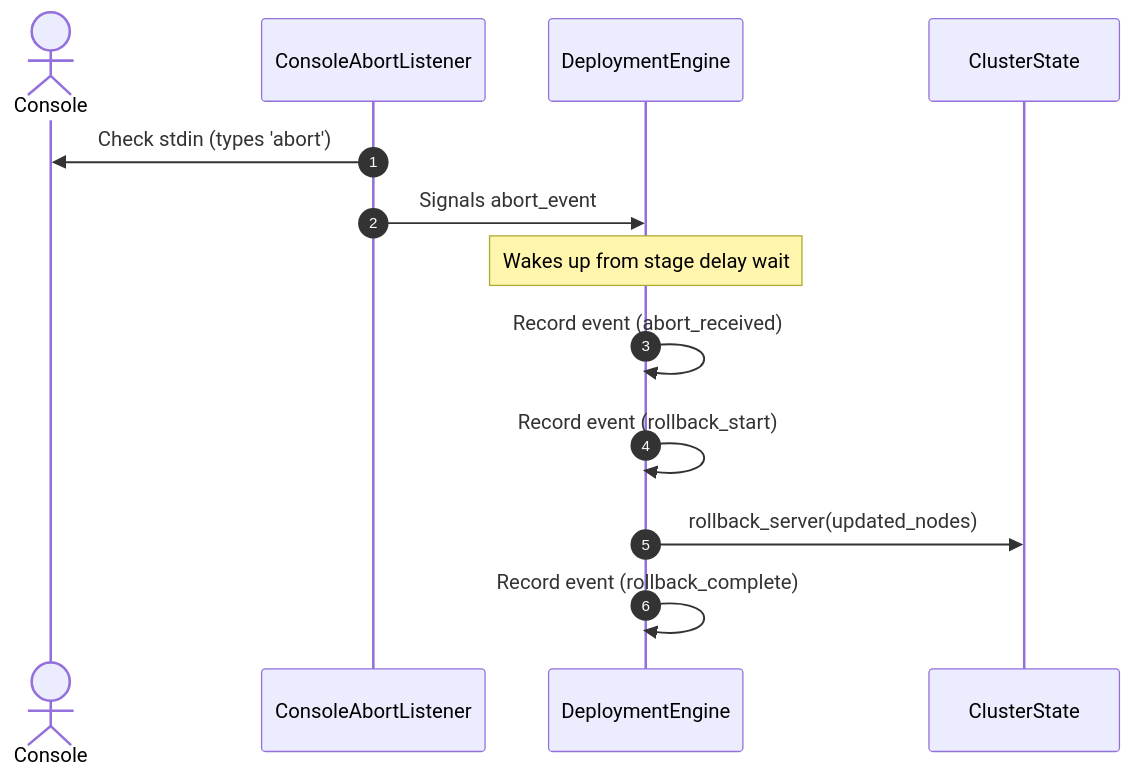
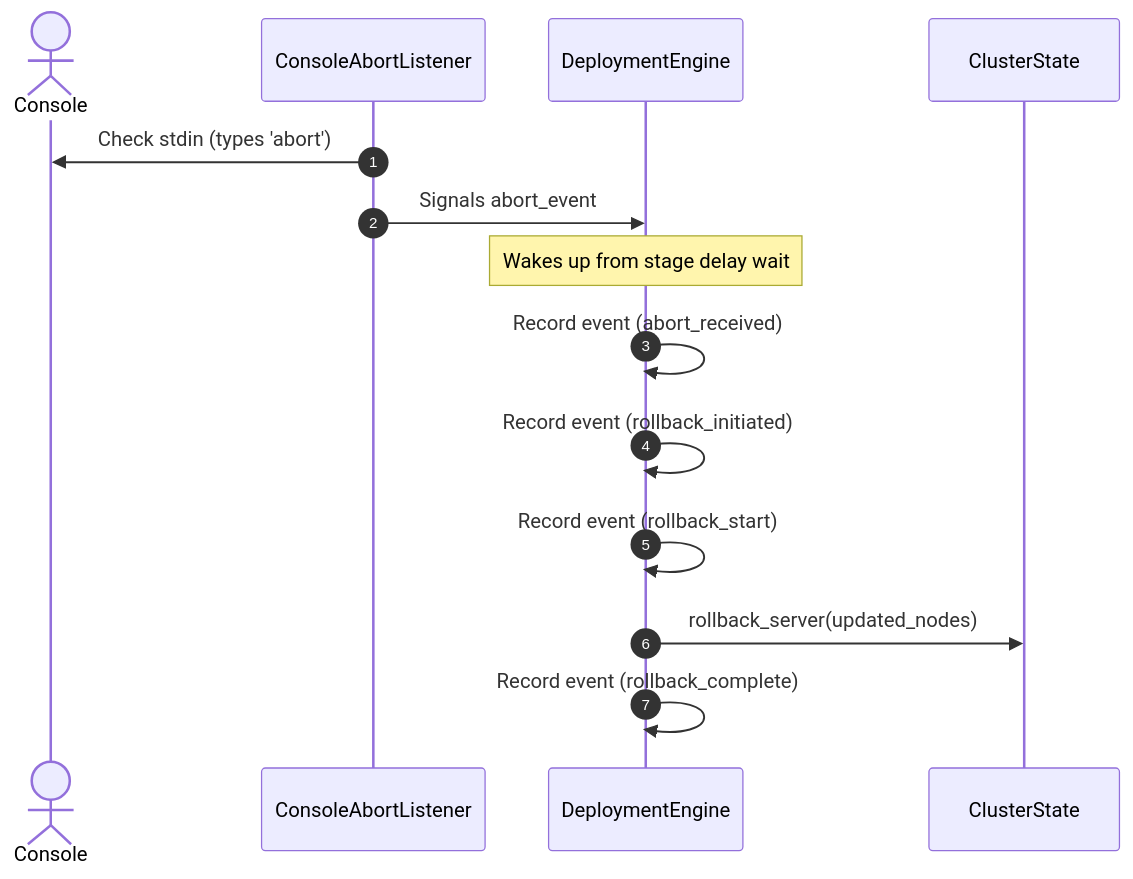
One commit to aliakarma/bootcamp-2026-canary-deployment changed the sixth of 7 diagrams in README.md. Above: the diagram before and after it, drawn with Mermaid. The commit also changed other lines of this file and 2 other files, not shown here.

````diff
--- a/README.md
+++ b/README.md
@@ -184,16 +184,17 @@
 ```mermaid
 sequenceDiagram
     autonumber
     actor Console
     participant AL as ConsoleAbortListener
     participant DE as DeploymentEngine
     participant CS as ClusterState
 
     AL->>Console: Check stdin (types 'abort')
     AL->>DE: Signals abort_event
     Note over DE: Wakes up from stage delay wait
     DE->>DE: Record event (abort_received)
+    DE->>DE: Record event (rollback_initiated)
     DE->>DE: Record event (rollback_start)
     DE->>CS: rollback_server(updated_nodes)
     DE->>DE: Record event (rollback_complete)
 ```
````
